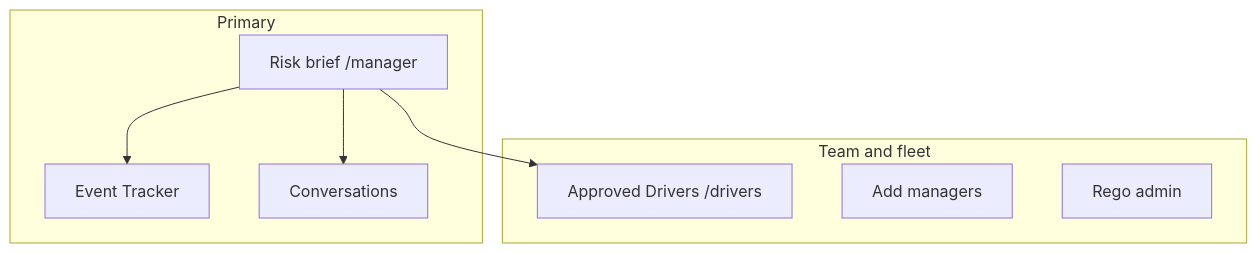
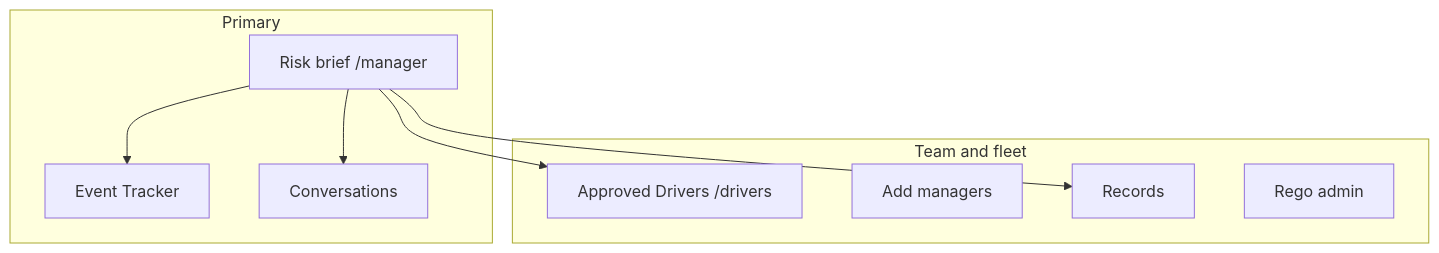
Before and after one commit to Rod-Shehan/fatigue-app-latest: the diagram in app-next/docs/user-guides/manager-ui-guide.md, drawn with Mermaid. The commit also changed other lines of this file and 10 other files, not shown here.

````diff
--- a/app-next/docs/user-guides/manager-ui-guide.md
+++ b/app-next/docs/user-guides/manager-ui-guide.md
@@ -22,16 +22,18 @@
 ```mermaid
 flowchart TB
   subgraph primary [Primary]
     RB[Risk brief /manager]
     MAP[Event Tracker]
     MSG[Conversations]
   end
   subgraph team [Team and fleet]
     DRV[Approved Drivers /drivers]
     MGR[Add managers]
+    REC[Records]
     REG[Rego admin]
   end
   RB --> MAP
   RB --> MSG
   RB --> DRV
+  RB --> REC
 ```
````
